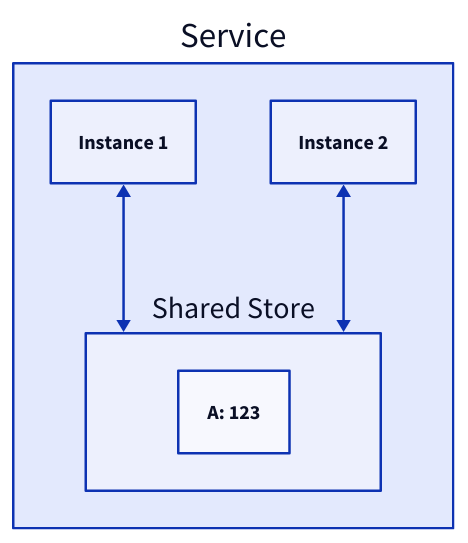
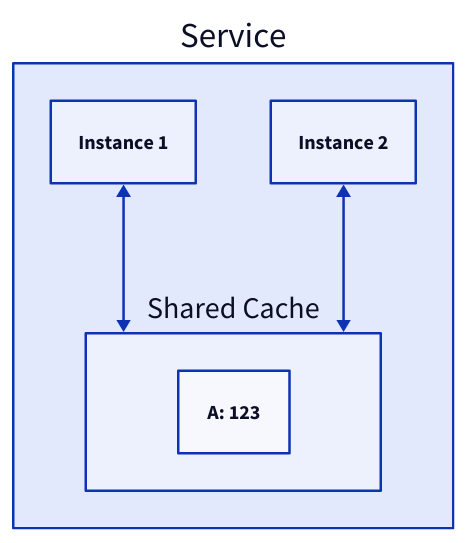
Before and after one commit to link1905/system-design-101: the second of 7 diagrams in content/docs/design-patterns/caching-patterns.md, drawn with D2. The commit also changed other lines of this file and 12 other files, not shown here.

````diff
--- a/content/docs/design-patterns/caching-patterns.md
+++ b/content/docs/design-patterns/caching-patterns.md
@@ -34,16 +38,16 @@
 ```d2
 s: Service {
     i1: Instance 1 {
         class: server
     }
     i2: Instance 2 {
         class: server
     }
-    db: Shared Store {
+    db: Shared Cache {
         "A: 123"
     }
     i1 <-> db
     i2 <-> db
 }
 
 ```
````
